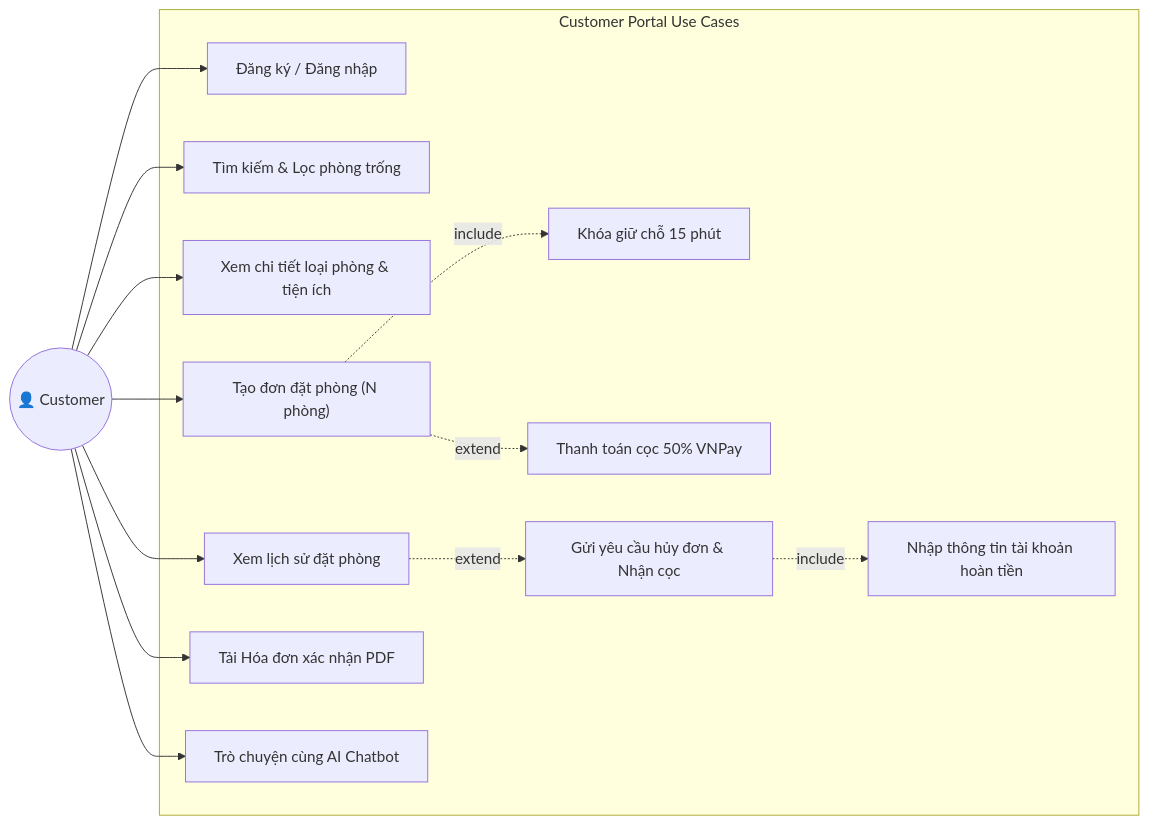
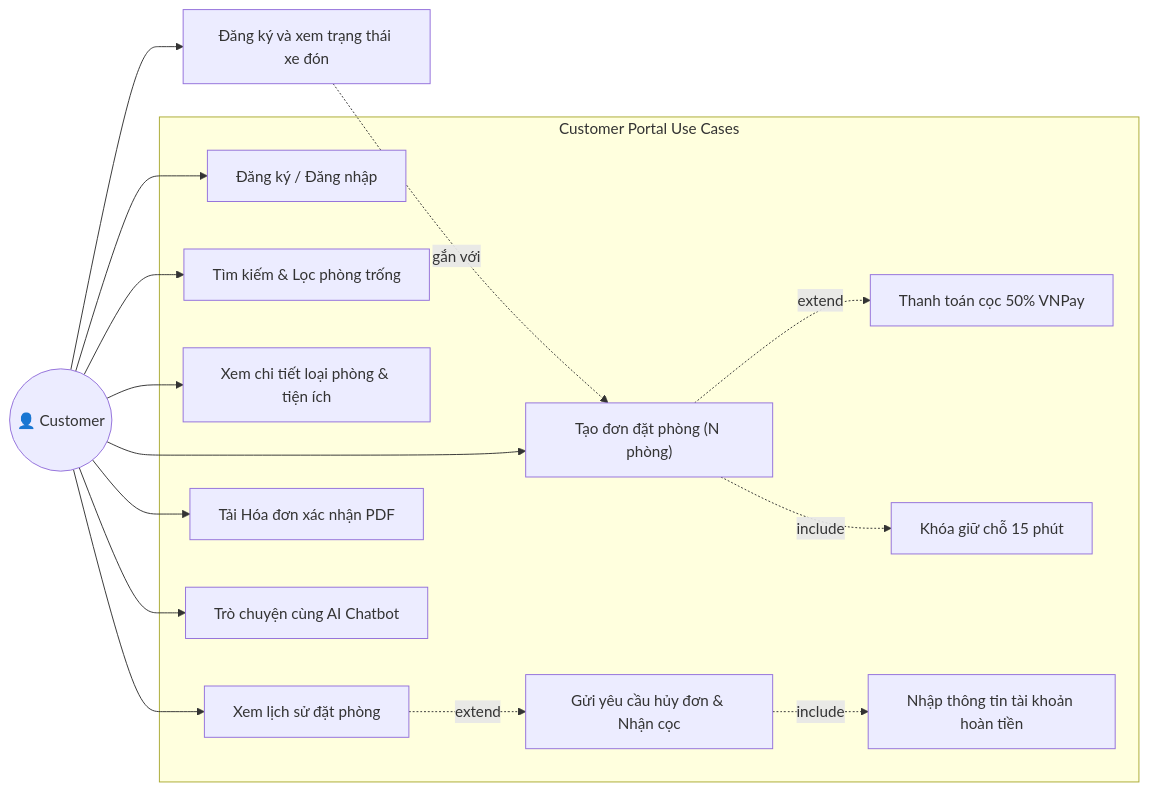
The second of 11 diagrams in docs/SRS.md (Huidinne/Hotel-Booking-System_HBS), drawn with Mermaid before and after one commit. The commit also changed other lines of this file, not shown here.

````diff
--- a/docs/SRS.md
+++ b/docs/SRS.md
@@ -279,31 +302,33 @@
 ```mermaid
 graph LR
     Customer(("👤 Customer"))
 
     subgraph Customer_Portal["Customer Portal Use Cases"]
         UC_C1["Đăng ký / Đăng nhập"]
         UC_C2["Tìm kiếm & Lọc phòng trống"]
         UC_C3["Xem chi tiết loại phòng & tiện ích"]
         UC_C4["Tạo đơn đặt phòng (N phòng)"]
         UC_C5["Thanh toán cọc 50% VNPay"]
         UC_C6["Xem lịch sử đặt phòng"]
         UC_C7["Gửi yêu cầu hủy đơn & Nhận cọc"]
         UC_C8["Tải Hóa đơn xác nhận PDF"]
         UC_C9["Trò chuyện cùng AI Chatbot"]
         UC_C10["Khóa giữ chỗ 15 phút"]
         UC_C11["Nhập thông tin tài khoản hoàn tiền"]
     end
 
     Customer --> UC_C1
     Customer --> UC_C2
     Customer --> UC_C3
     Customer --> UC_C4
     Customer --> UC_C6
     Customer --> UC_C8
     Customer --> UC_C9
+    Customer --> UC_C12["Đăng ký và xem trạng thái xe đón"]
+    UC_C12 -.->|gắn với| UC_C4
 
     UC_C4 -.->|include| UC_C10
     UC_C4 -.->|extend| UC_C5
     UC_C6 -.->|extend| UC_C7
     UC_C7 -.->|include| UC_C11
 ```
````
